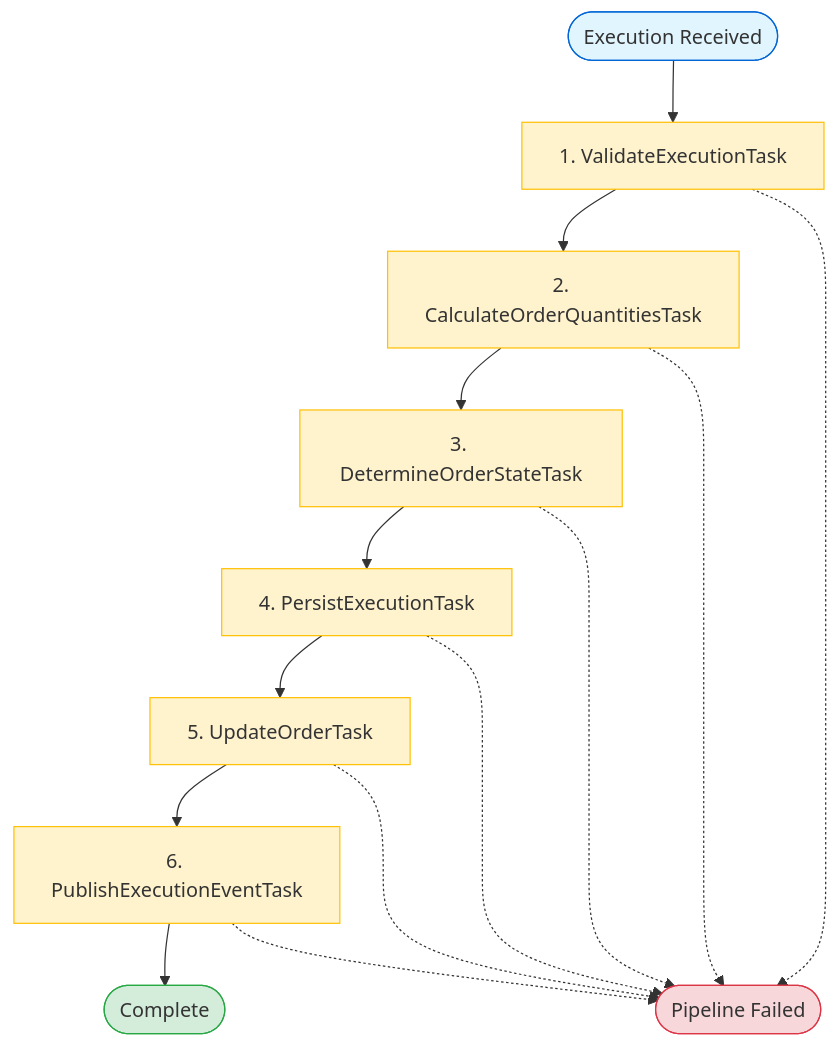
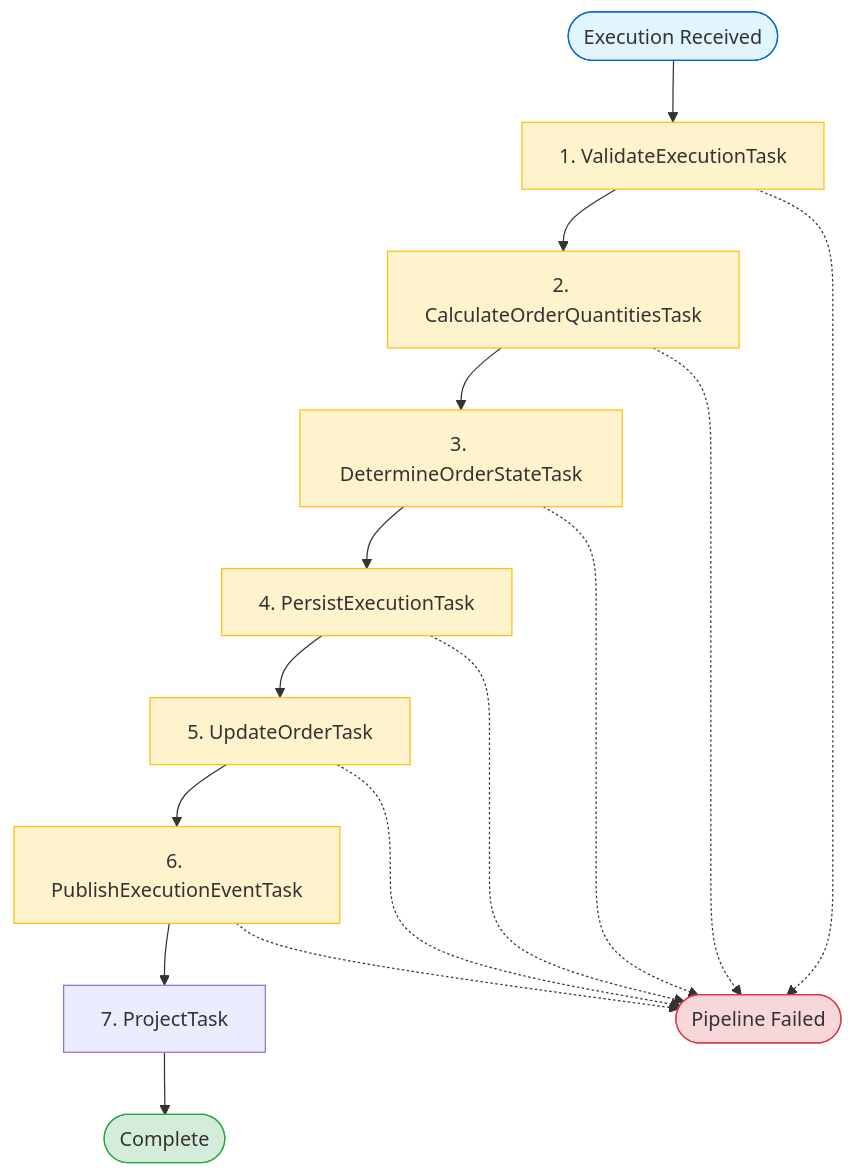
One commit to tbaderts/oms changed the first of 5 diagrams in oms-knowledge-base/oms-concepts/execution-reporting.md. Above: the diagram before and after it, drawn with Mermaid. The commit also changed other lines of this file and 130 other files, not shown here.

````diff
--- a/oms-knowledge-base/oms-concepts/execution-reporting.md
+++ b/oms-knowledge-base/oms-concepts/execution-reporting.md
@@ -143,27 +143,28 @@
 ```mermaid
 flowchart TD
     Start([Execution Received]) --> T1
     T1[1. ValidateExecutionTask] --> T2
     T2[2. CalculateOrderQuantitiesTask] --> T3
     T3[3. DetermineOrderStateTask] --> T4
     T4[4. PersistExecutionTask] --> T5
     T5[5. UpdateOrderTask] --> T6
-    T6[6. PublishExecutionEventTask] --> End([Complete])
+    T6[6. PublishExecutionEventTask] --> T7
+    T7[7. ProjectTask] --> End([Complete])
 
     T1 -.-> Fail([Pipeline Failed])
     T2 -.-> Fail
     T3 -.-> Fail
     T4 -.-> Fail
     T5 -.-> Fail
     T6 -.-> Fail
 
     style Start fill:#e1f5ff,stroke:#0366d6
     style End fill:#d4edda,stroke:#28a745
     style Fail fill:#f8d7da,stroke:#dc3545
     style T1 fill:#fff3cd,stroke:#ffc107
     style T2 fill:#fff3cd,stroke:#ffc107
     style T3 fill:#fff3cd,stroke:#ffc107
     style T4 fill:#fff3cd,stroke:#ffc107
     style T5 fill:#fff3cd,stroke:#ffc107
     style T6 fill:#fff3cd,stroke:#ffc107
 ```
````
